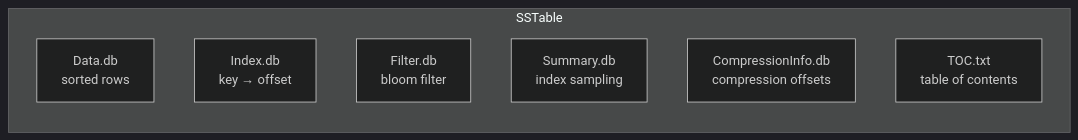
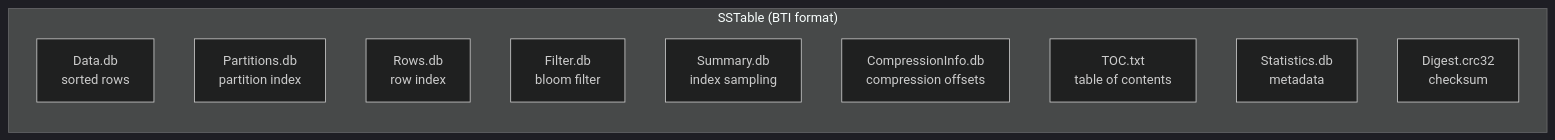
One commit to Chandra179/gitbook changed the first of 5 diagrams in database/deep-dives/cassandra.md. Above: the diagram before and after it, drawn with Mermaid (dark theme). The commit also changed other lines of this file and 28 other files, not shown here.

````diff
--- a/database/deep-dives/cassandra.md
+++ b/database/deep-dives/cassandra.md
@@ -35,11 +35,14 @@
 ```mermaid
 flowchart LR
-    subgraph "SSTable"
+    subgraph "SSTable (BTI format)"
         D[Data.db<br/>sorted rows]
-        I[Index.db<br/>key → offset]
+        P[Partitions.db<br/>partition index]
+        R[Rows.db<br/>row index]
         BF[Filter.db<br/>bloom filter]
         S[Summary.db<br/>index sampling]
         C[CompressionInfo.db<br/>compression offsets]
         T[TOC.txt<br/>table of contents]
+        ST[Statistics.db<br/>metadata]
+        DG[Digest.crc32<br/>checksum]
     end
 ```
````
